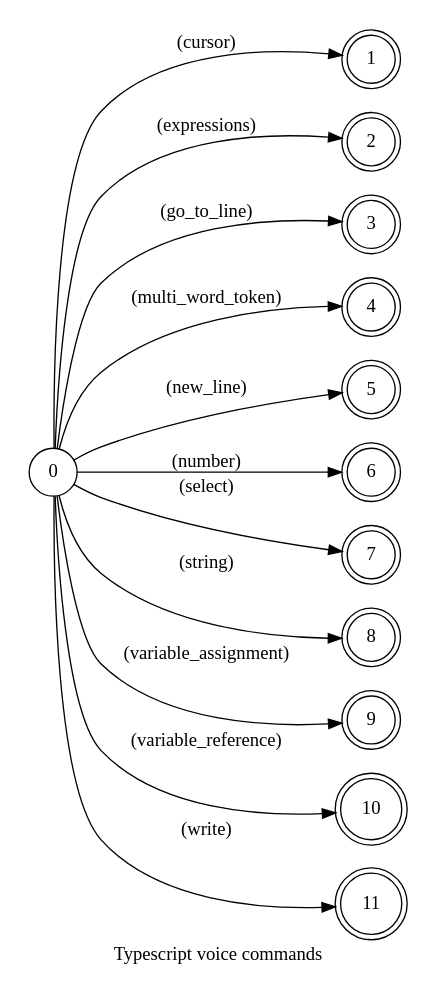
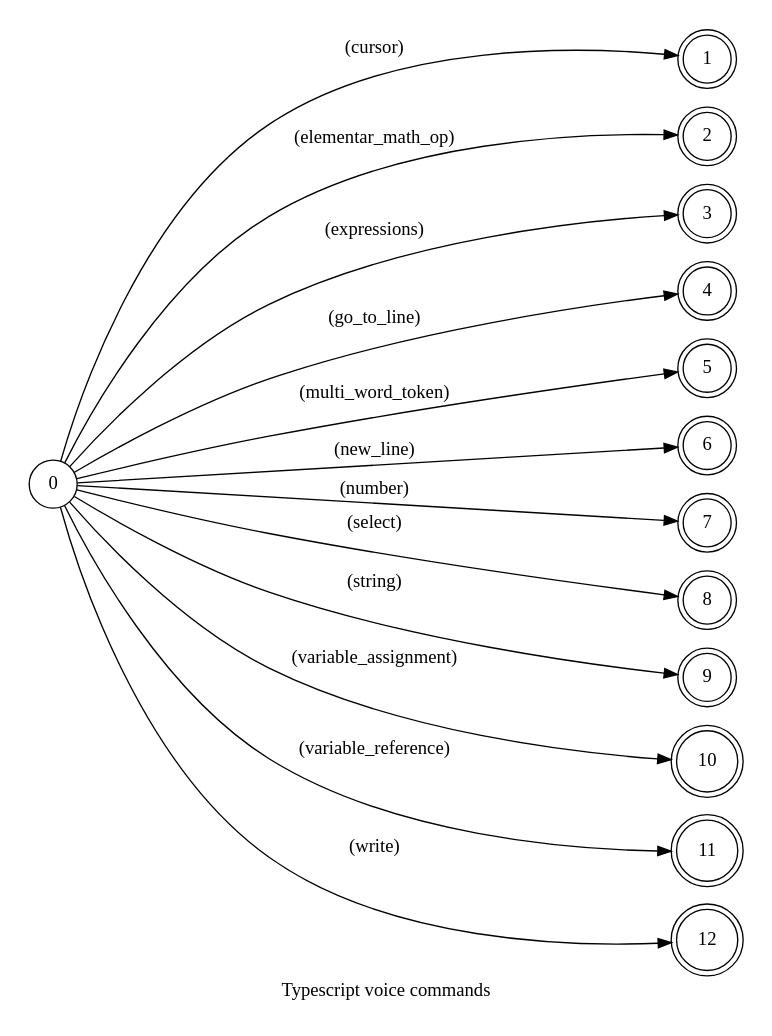
One commit to pedrooaugusto/speech-to-code changed the diagram in spoken/src/modules/typescript/typescript.dot. Above: the diagram before and after it, drawn with Graphviz. The commit also changed 40 other files, not shown here.

```diff
--- a/spoken/src/modules/typescript/typescript.dot
+++ b/spoken/src/modules/typescript/typescript.dot
@@ -1,27 +1,30 @@
 digraph TypeScript {
     id="typescript";
     label="Typescript voice commands";
     lang="en-US";
     langName="English";
     pad="0.2";
     rankdir=LR;
+    nodesep="0.2";
+    ranksep="4";
     node[shape=circle]; 0;
     node[shape=doublecircle];
 
     // START GENERATED
     0 -> 1 [label="(cursor)"];
-    0 -> 2 [label="(expressions)"];
-    0 -> 3 [label="(go_to_line)"];
-    0 -> 4 [label="(multi_word_token)"];
-    0 -> 5 [label="(new_line)"];
-    0 -> 6 [label="(number)"];
-    0 -> 7 [label="(select)"];
-    0 -> 8 [label="(string)"];
-    0 -> 9 [label="(variable_assignment)"];
-    0 -> 10 [label="(variable_reference)"];
-    0 -> 11 [label="(write)"];
+    0 -> 2 [label="(elementar_math_op)"];
+    0 -> 3 [label="(expressions)"];
+    0 -> 4 [label="(go_to_line)"];
+    0 -> 5 [label="(multi_word_token)"];
+    0 -> 6 [label="(new_line)"];
+    0 -> 7 [label="(number)"];
+    0 -> 8 [label="(select)"];
+    0 -> 9 [label="(string)"];
+    0 -> 10 [label="(variable_assignment)"];
+    0 -> 11 [label="(variable_reference)"];
+    0 -> 12 [label="(write)"];
     // END GENERATED
 
     title="Typescript voice commands";
     desc="Collection of voice commands of the typescript language";
 }
```
